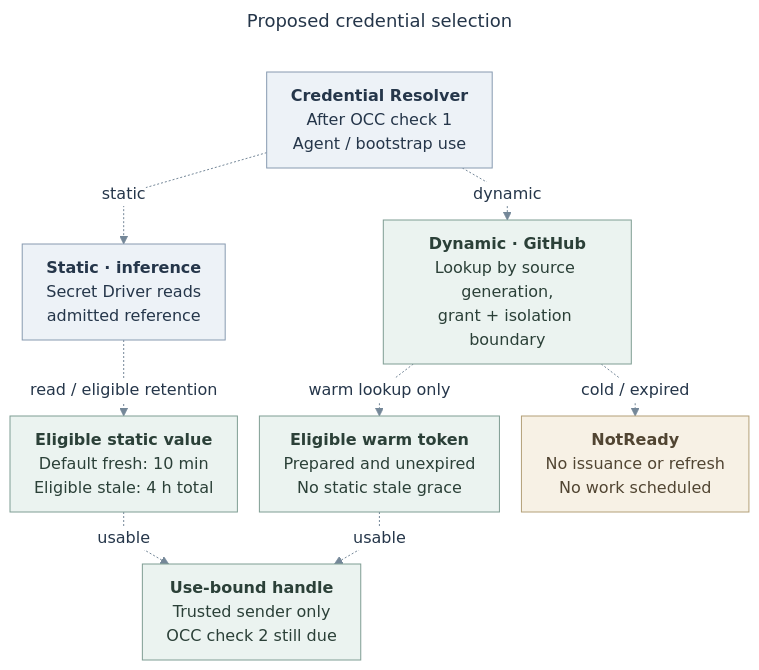
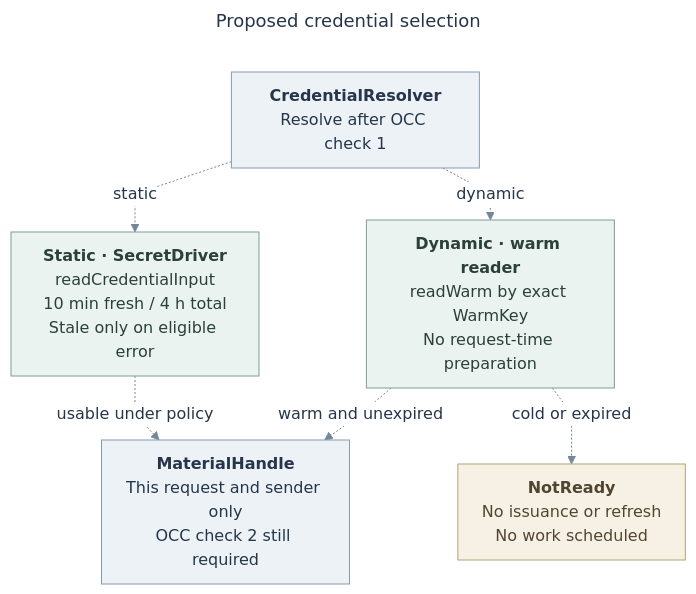
Before and after one commit to freeqaz-openai/openclaw-enterprise: the diagram in specs/rfcs/0019-egress-proxy-credential-lifecycle/assets/credential-selection.mmd, drawn with Mermaid. The commit also changed 22 other files, not shown here.

```diff
--- a/specs/rfcs/0019-egress-proxy-credential-lifecycle/assets/credential-selection.mmd
+++ b/specs/rfcs/0019-egress-proxy-credential-lifecycle/assets/credential-selection.mmd
@@ -1,48 +1,43 @@
 ---
 title: "Proposed credential selection"
 config:
   theme: base
   htmlLabels: true
   themeVariables:
     fontFamily: "Arial, sans-serif"
     fontSize: "16px"
     primaryTextColor: "#25364A"
     lineColor: "#748798"
     edgeLabelBackground: "#FFFFFF"
     clusterBkg: "#FAFBFC"
     clusterBorder: "#D8DEE6"
   flowchart:
     useMaxWidth: false
     curve: linear
     nodeSpacing: 22
     rankSpacing: 28
     padding: 12
     diagramPadding: 12
     subGraphTitleMargin:
       top: 10
       bottom: 14
 ---
 flowchart TB
-  Resolve["<b>Credential Resolver</b><br/>After OCC check 1<br/>Agent / bootstrap use"]
-  Static["<b>Static · inference</b><br/>Secret Driver reads<br/>admitted reference"]
-  Dynamic["<b>Dynamic · GitHub</b><br/>Lookup by source generation,<br/>grant + isolation boundary"]
-  Age["<b>Eligible static value</b><br/>Default fresh: 10 min<br/>Eligible stale: 4 h total"]
-  Scope["<b>Eligible warm token</b><br/>Prepared and unexpired<br/>No static stale grace"]
-  Handle["<b>Use-bound handle</b><br/>Trusted sender only<br/>OCC check 2 still due"]
+  Resolver["<b>CredentialResolver</b><br/>Resolve after OCC check 1"]
+  Static["<b>Static · SecretDriver</b><br/>readCredentialInput<br/>10 min fresh / 4 h total<br/>Stale only on eligible error"]
+  Dynamic["<b>Dynamic · warm reader</b><br/>readWarm by exact WarmKey<br/>No request-time preparation"]
+  Ready["<b>MaterialHandle</b><br/>This request and sender only<br/>OCC check 2 still required"]
   Cold["<b>NotReady</b><br/>No issuance or refresh<br/>No work scheduled"]
-  Resolve -. static .-> Static
-  Resolve -. dynamic .-> Dynamic
-  Static -. "read / eligible retention" .-> Age
-  Dynamic -. warm lookup only .-> Scope
-  Dynamic -. "cold / expired" .-> Cold
-  Age -. usable .-> Handle
-  Scope -. usable .-> Handle
-  class Resolve,Static api
-  class Dynamic,Age,Scope,Handle action
+  Resolver -. static .-> Static
+  Resolver -. dynamic .-> Dynamic
+  Static -. usable under policy .-> Ready
+  Dynamic -. warm and unexpired .-> Ready
+  Dynamic -. cold or expired .-> Cold
+  class Resolver api
+  class Static,Dynamic action
+  class Ready api
   class Cold gate
   classDef api fill:#EDF2F7,stroke:#879AB0,color:#25364A,stroke-width:1px
   classDef action fill:#EBF3F0,stroke:#7F9D93,color:#2B4038,stroke-width:1px
-  classDef external fill:#F2EDF6,stroke:#A394AF,color:#40354B,stroke-width:1px
   classDef gate fill:#F7F1E5,stroke:#B3A078,color:#514532,stroke-width:1px
-  classDef logical fill:#F3F4F6,stroke:#98A2AE,color:#344054,stroke-width:1px,stroke-dasharray:4 4
   linkStyle default stroke:#748798,stroke-width:1px
```
